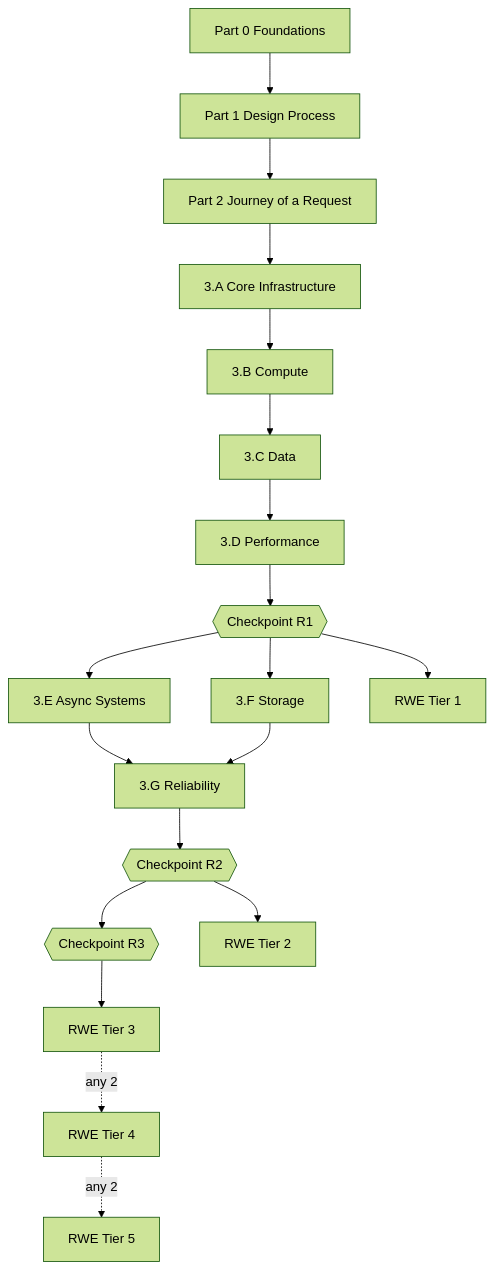
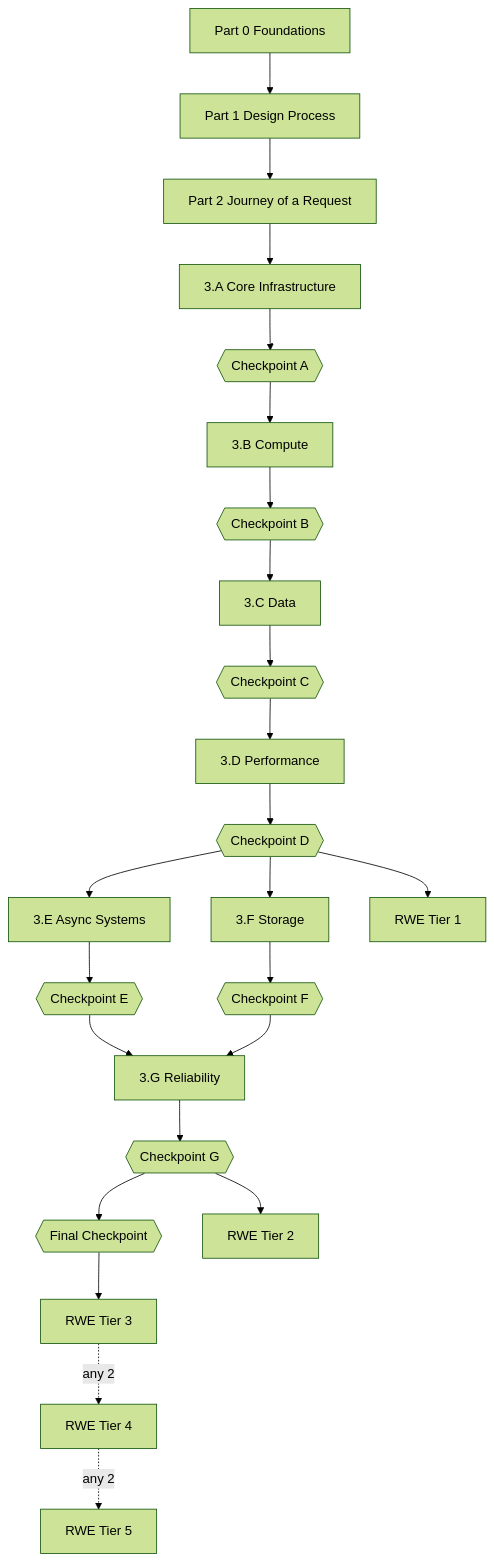
One commit to Prateesh-Sulikeri/ScaleCraft changed the diagram in .claude/docs/CURRICULUM.md. Above: the diagram before and after it, drawn with Mermaid (forest theme). The commit also changed other lines of this file and 4 other files, not shown here.

````diff
--- a/.claude/docs/CURRICULUM.md
+++ b/.claude/docs/CURRICULUM.md
@@ -1302,21 +1341,26 @@
 ```mermaid
 graph TD
   P0[Part 0 Foundations] --> P1[Part 1 Design Process]
   P1 --> P2[Part 2 Journey of a Request]
   P2 --> GA[3.A Core Infrastructure]
-  GA --> GB[3.B Compute]
-  GB --> GC[3.C Data]
-  GC --> GD[3.D Performance]
-  GD --> R1{{Checkpoint R1}}
+  GA --> CA{{Checkpoint A}}
+  CA --> GB[3.B Compute]
+  GB --> CB{{Checkpoint B}}
+  CB --> GC[3.C Data]
+  GC --> CC{{Checkpoint C}}
+  CC --> GD[3.D Performance]
+  GD --> R1{{Checkpoint D}}
   R1 --> GE[3.E Async Systems]
   R1 --> GF[3.F Storage]
-  GE --> GG[3.G Reliability]
-  GF --> GG
-  GG --> R2{{Checkpoint R2}}
-  R2 --> R3{{Checkpoint R3}}
+  GE --> CE{{Checkpoint E}}
+  GF --> CF{{Checkpoint F}}
+  CE --> GG[3.G Reliability]
+  CF --> GG
+  GG --> R2{{Checkpoint G}}
+  R2 --> R3{{Final Checkpoint}}
   R1 --> T1[RWE Tier 1]
   R2 --> T2[RWE Tier 2]
   R3 --> T3[RWE Tier 3]
   T3 -. any 2 .-> T4[RWE Tier 4]
   T4 -. any 2 .-> T5[RWE Tier 5]
 ```
````
